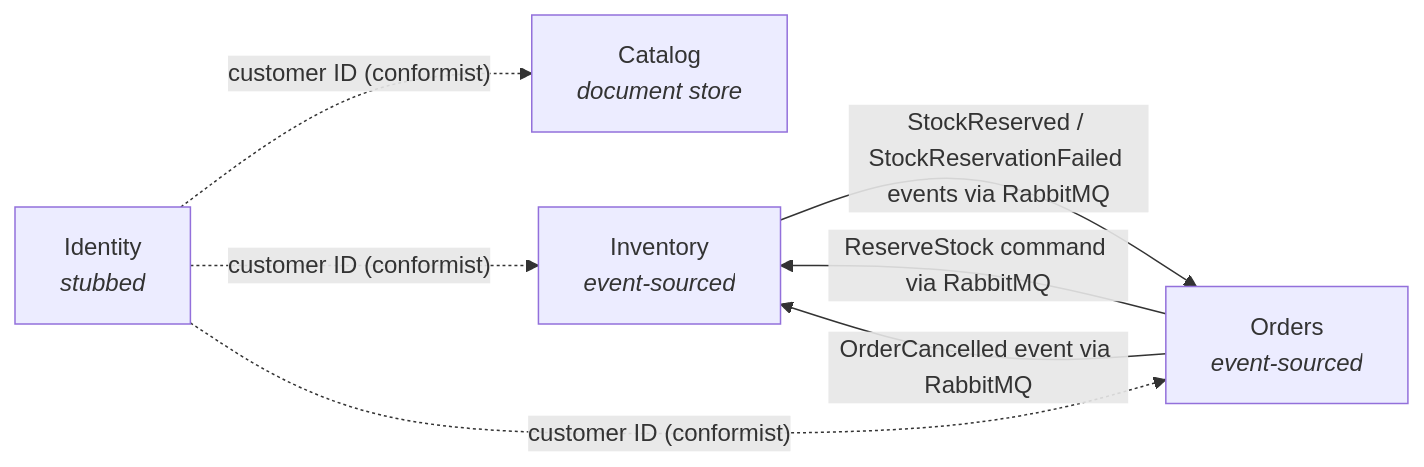
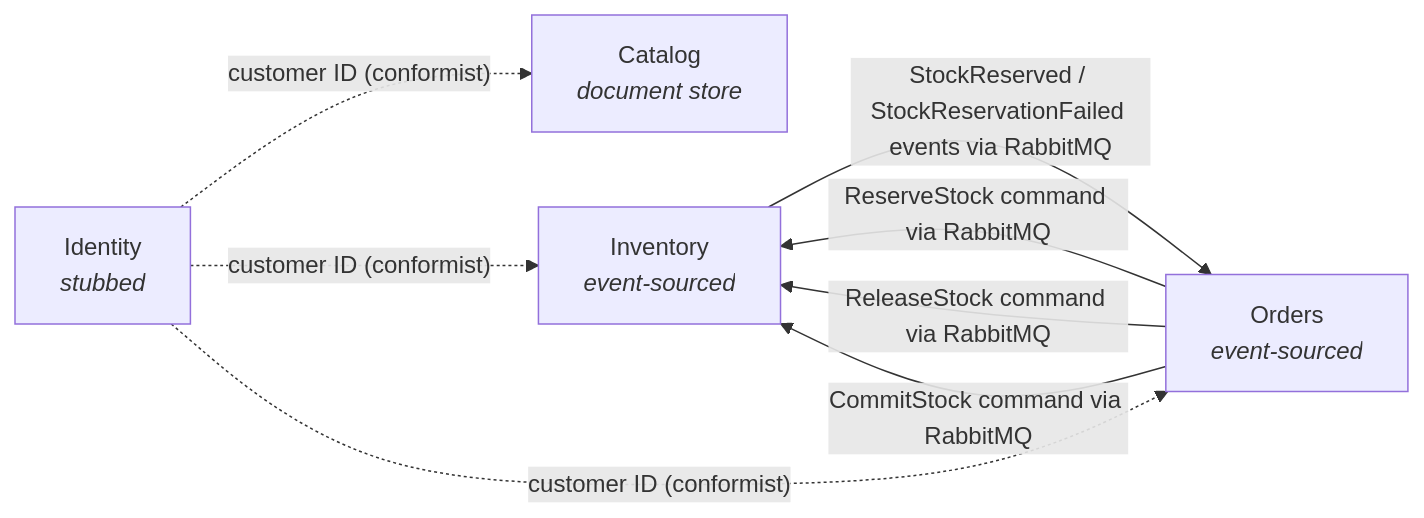
Before and after one commit to erikshafer/crittermart: the diagram in docs/context-map/README.md, drawn with Mermaid. The commit also changed other lines of this file and 25 other files, not shown here.

First line of the commit message:
feat: slice 2.4 commit reserved stock on order confirmation (#45)

````diff
--- a/docs/context-map/README.md
+++ b/docs/context-map/README.md
@@ -16,15 +16,16 @@
 ```mermaid
 graph LR
     Identity["Identity<br/><i>stubbed</i>"]
     Catalog["Catalog<br/><i>document store</i>"]
     Inventory["Inventory<br/><i>event-sourced</i>"]
     Orders["Orders<br/><i>event-sourced</i>"]
 
     Orders -->|"ReserveStock command via RabbitMQ"| Inventory
     Inventory -->|"StockReserved / StockReservationFailed events via RabbitMQ"| Orders
-    Orders -->|"OrderCancelled event via RabbitMQ"| Inventory
+    Orders -->|"ReleaseStock command via RabbitMQ"| Inventory
+    Orders -->|"CommitStock command via RabbitMQ"| Inventory
 
     Identity -.->|"customer ID (conformist)"| Catalog
     Identity -.->|"customer ID (conformist)"| Inventory
     Identity -.->|"customer ID (conformist)"| Orders
 ```
````
